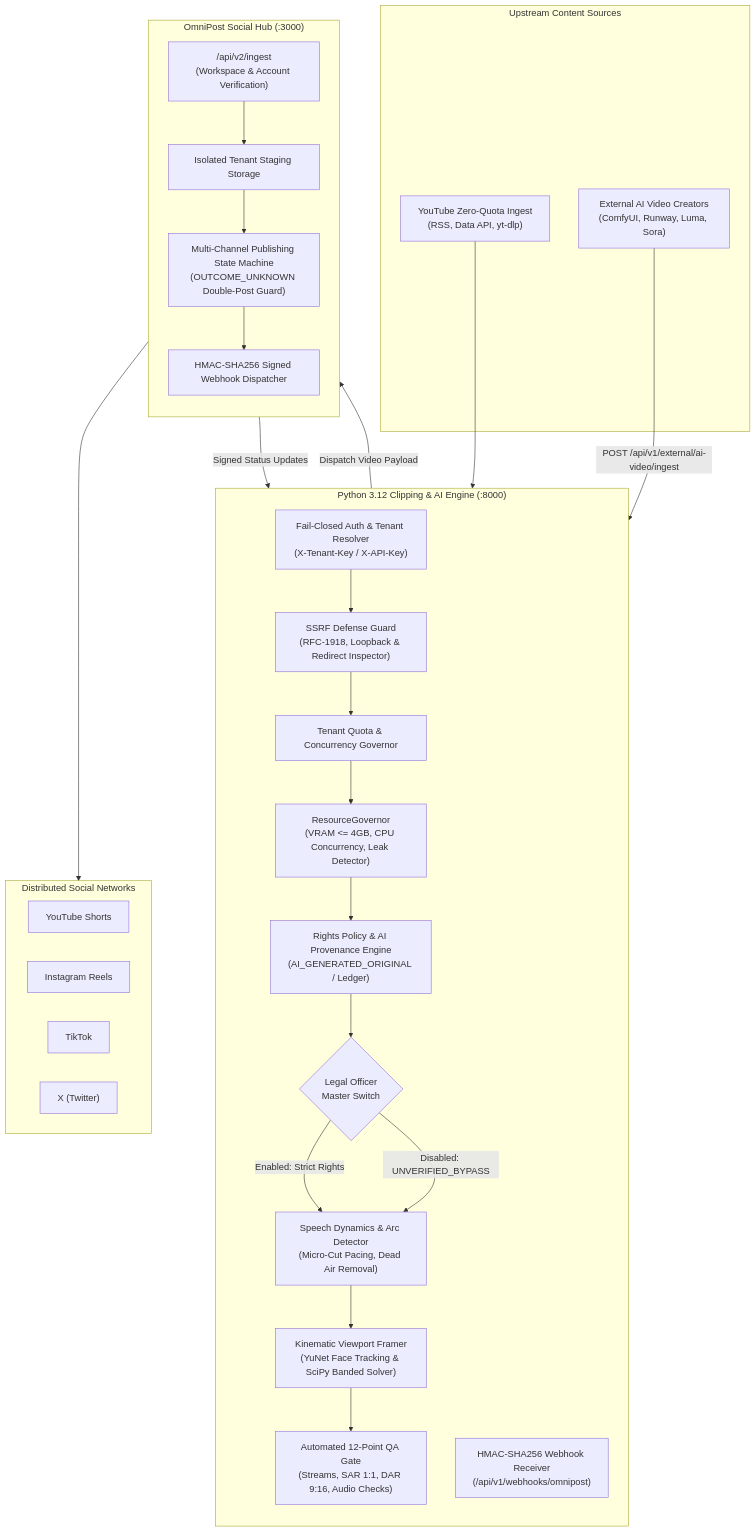
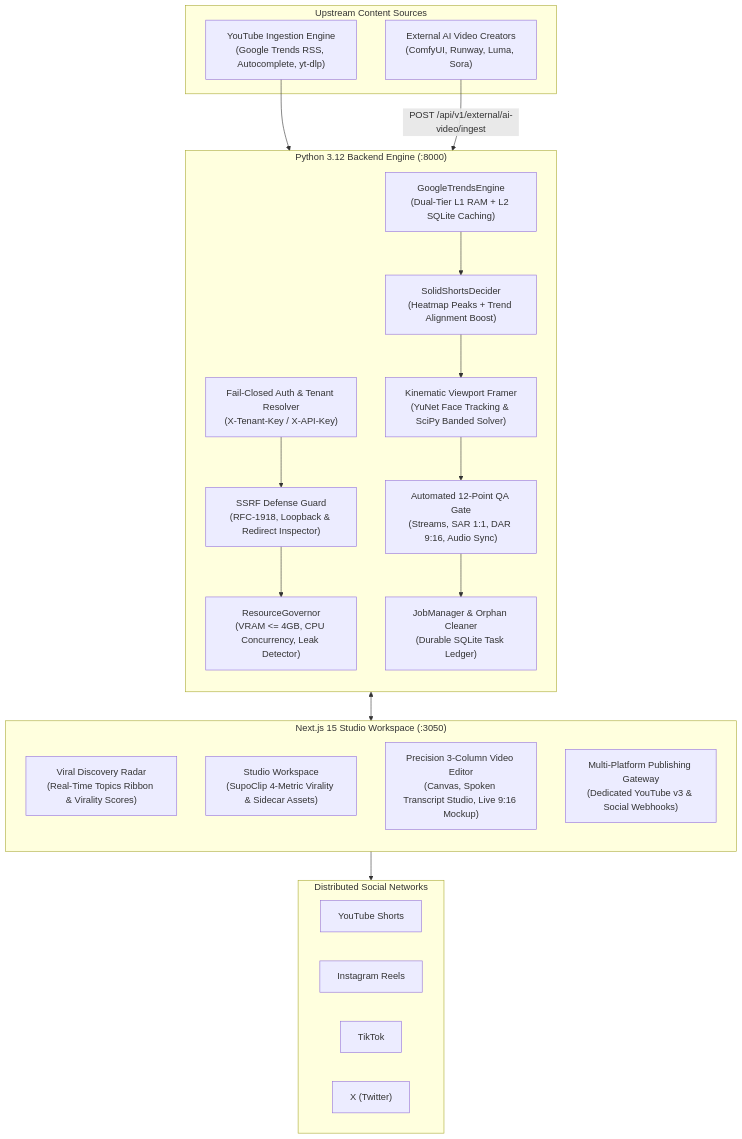
The diagram in README.md (harshith2811/chatclip), drawn with Mermaid before and after one commit. The commit also changed other lines of this file and 118 other files, not shown here.

````diff
--- a/README.md
+++ b/README.md
@@ -38,54 +33,45 @@
 ```mermaid
 flowchart TD
     subgraph Upstream_Sources["Upstream Content Sources"]
-        YTIngest["YouTube Zero-Quota Ingest\n(RSS, Data API, yt-dlp)"]
+        YTIngest["YouTube Ingestion Engine\n(Google Trends RSS, Autocomplete, yt-dlp)"]
         ExternalAI["External AI Video Creators\n(ComfyUI, Runway, Luma, Sora)"]
     end
 
-    subgraph FastAPIEngine["Python 3.12 Clipping & AI Engine (:8000)"]
+    subgraph FastAPIEngine["Python 3.12 Backend Engine (:8000)"]
         direction TB
         AuthGate["Fail-Closed Auth & Tenant Resolver\n(X-Tenant-Key / X-API-Key)"]
         SSRFGate["SSRF Defense Guard\n(RFC-1918, Loopback & Redirect Inspector)"]
-        QuotaGov["Tenant Quota & Concurrency Governor"]
+        TrendsEngine["GoogleTrendsEngine\n(Dual-Tier L1 RAM + L2 SQLite Caching)"]
+        SolidShorts["SolidShortsDecider\n(Heatmap Peaks + Trend Alignment Boost)"]
         ResGov["ResourceGovernor\n(VRAM <= 4GB, CPU Concurrency, Leak Detector)"]
-        RightsAudit["Rights Policy & AI Provenance Engine\n(AI_GENERATED_ORIGINAL / Ledger)"]
-        LegalSwitch{"Legal Officer\nMaster Switch"}
-        ArcDetector["Speech Dynamics & Arc Detector\n(Micro-Cut Pacing, Dead Air Removal)"]
         TrajectoryFramer["Kinematic Viewport Framer\n(YuNet Face Tracking & SciPy Banded Solver)"]
-        QAGate["Automated 12-Point QA Gate\n(Streams, SAR 1:1, DAR 9:16, Audio Checks)"]
-        WHReceiver["HMAC-SHA256 Webhook Receiver\n(/api/v1/webhooks/omnipost)"]
+        QAGate["Automated 12-Point QA Gate\n(Streams, SAR 1:1, DAR 9:16, Audio Sync)"]
+        JobMgr["JobManager & Orphan Cleaner\n(Durable SQLite Task Ledger)"]
     end
 
-    subgraph OmniPostHub["OmniPost Social Hub (:3000)"]
+    subgraph StudioFrontend["Next.js 15 Studio Workspace (:3050)"]
         direction TB
-        V2Ingest["/api/v2/ingest\n(Workspace & Account Verification)"]
-        TenantStaging["Isolated Tenant Staging Storage"]
-        StateMachine["Multi-Channel Publishing State Machine\n(OUTCOME_UNKNOWN Double-Post Guard)"]
-        HMACSigner["HMAC-SHA256 Signed Webhook Dispatcher"]
+        DiscoveryTab["Viral Discovery Radar\n(Real-Time Topics Ribbon & Virality Scores)"]
+        StudioTab["Studio Workspace\n(SupoClip 4-Metric Virality & Sidecar Assets)"]
+        EditorTab["Precision 3-Column Video Editor\n(Canvas, Spoken Transcript Studio, Live 9:16 Mockup)"]
+        PublishTab["Multi-Platform Publishing Gateway\n(Dedicated YouTube v3 & Social Webhooks)"]
     end
 
     subgraph SocialNetworks["Distributed Social Networks"]
         YTShorts["YouTube Shorts"]
         IGReels["Instagram Reels"]
         TikTok["TikTok"]
         XTwitter["X (Twitter)"]
     end
 
-    YTIngest --> RightsAudit
+    YTIngest --> TrendsEngine
     ExternalAI -->|"POST /api/v1/external/ai-video/ingest"| AuthGate
     AuthGate --> SSRFGate
-    SSRFGate --> QuotaGov
-    QuotaGov --> ResGov
-    ResGov --> RightsAudit
-    RightsAudit --> LegalSwitch
-    LegalSwitch -->|"Enabled: Strict Rights"| ArcDetector
-    LegalSwitch -->|"Disabled: UNVERIFIED_BYPASS"| ArcDetector
-    ArcDetector --> TrajectoryFramer
+    SSRFGate --> ResGov
+    TrendsEngine --> SolidShorts
+    SolidShorts --> TrajectoryFramer
     TrajectoryFramer --> QAGate
-    QAGate -->|"Dispatch Video Payload"| V2Ingest
-    V2Ingest --> TenantStaging
-    TenantStaging --> StateMachine
-    StateMachine --> SocialNetworks
-    StateMachine --> HMACSigner
-    HMACSigner -->|"Signed Status Updates"| WHReceiver
+    QAGate --> JobMgr
+    JobMgr <--> StudioFrontend
+    PublishTab --> SocialNetworks
 ```
````
